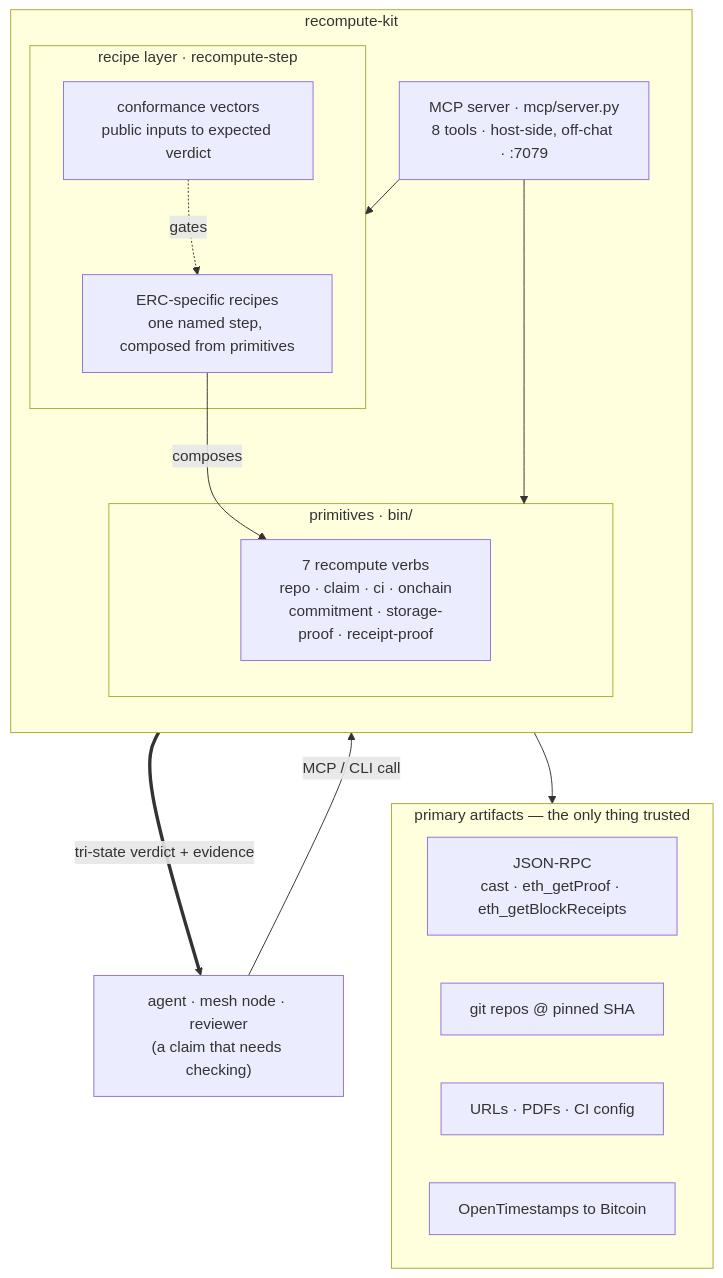
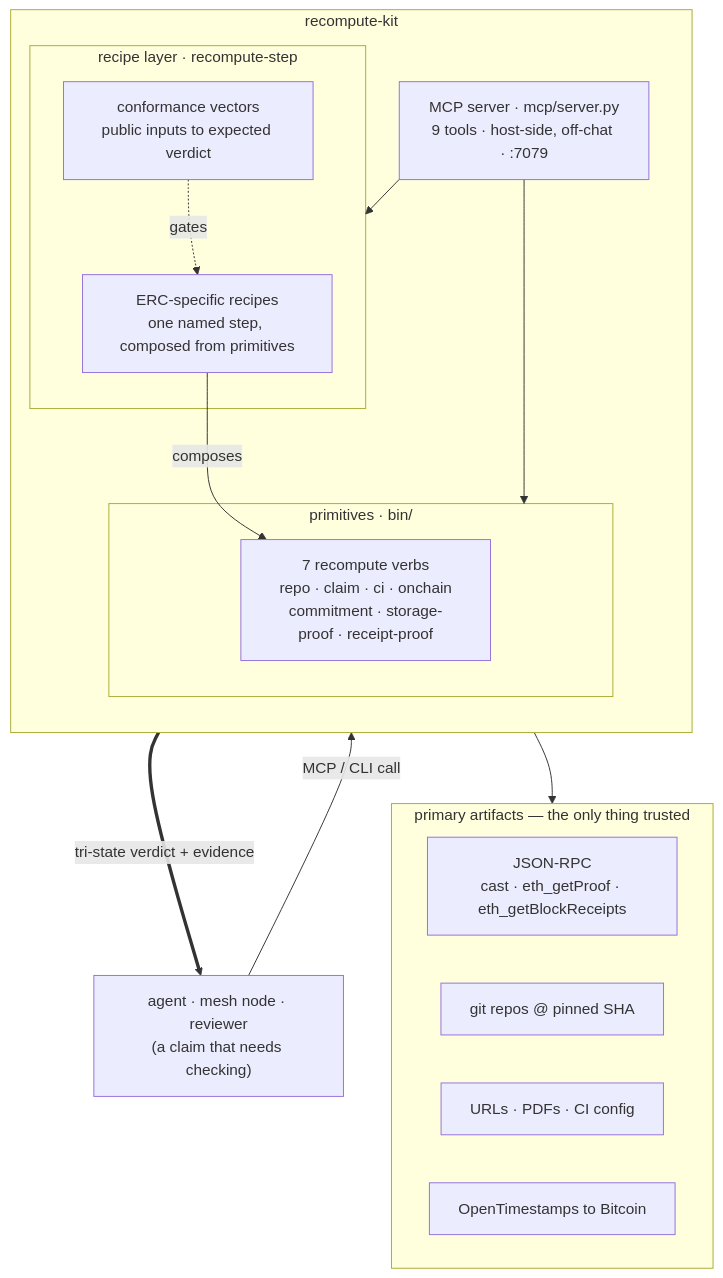
Before and after one commit to trustless-ai/recompute-kit: the diagram in README.md, drawn with Mermaid. The commit also changed other lines of this file, not shown here.

First line of the commit message:
docs(README): document the per-suite hash-pinned conformance model + fix MCP tool count

````diff
--- a/README.md
+++ b/README.md
@@ -13,32 +13,32 @@
 ```mermaid
 flowchart TB
     AGENT["agent · mesh node · reviewer<br/>(a claim that needs checking)"]
 
     subgraph KIT["recompute-kit"]
         direction TB
-        MCP["MCP server · mcp/server.py<br/>8 tools · host-side, off-chat · :7079"]
+        MCP["MCP server · mcp/server.py<br/>9 tools · host-side, off-chat · :7079"]
         subgraph L2["recipe layer · recompute-step"]
             REC["ERC-specific recipes<br/>one named step, composed from primitives"]
             CONF["conformance vectors<br/>public inputs to expected verdict"]
         end
         subgraph L1["primitives · bin/"]
             PRIM["7 recompute verbs<br/>repo · claim · ci · onchain<br/>commitment · storage-proof · receipt-proof"]
         end
         MCP --> L2
         MCP --> L1
         REC -->|composes| PRIM
         CONF -.gates.-> REC
     end
 
     subgraph SRC["primary artifacts — the only thing trusted"]
         direction LR
         CHAIN["JSON-RPC<br/>cast · eth_getProof · eth_getBlockReceipts"]
         REPO["git repos @ pinned SHA"]
         DOCS["URLs · PDFs · CI config"]
         BTC["OpenTimestamps to Bitcoin"]
     end
 
     AGENT -->|MCP / CLI call| MCP
     PRIM --> SRC
     MCP ==>|tri-state verdict + evidence| AGENT
 ```
````
